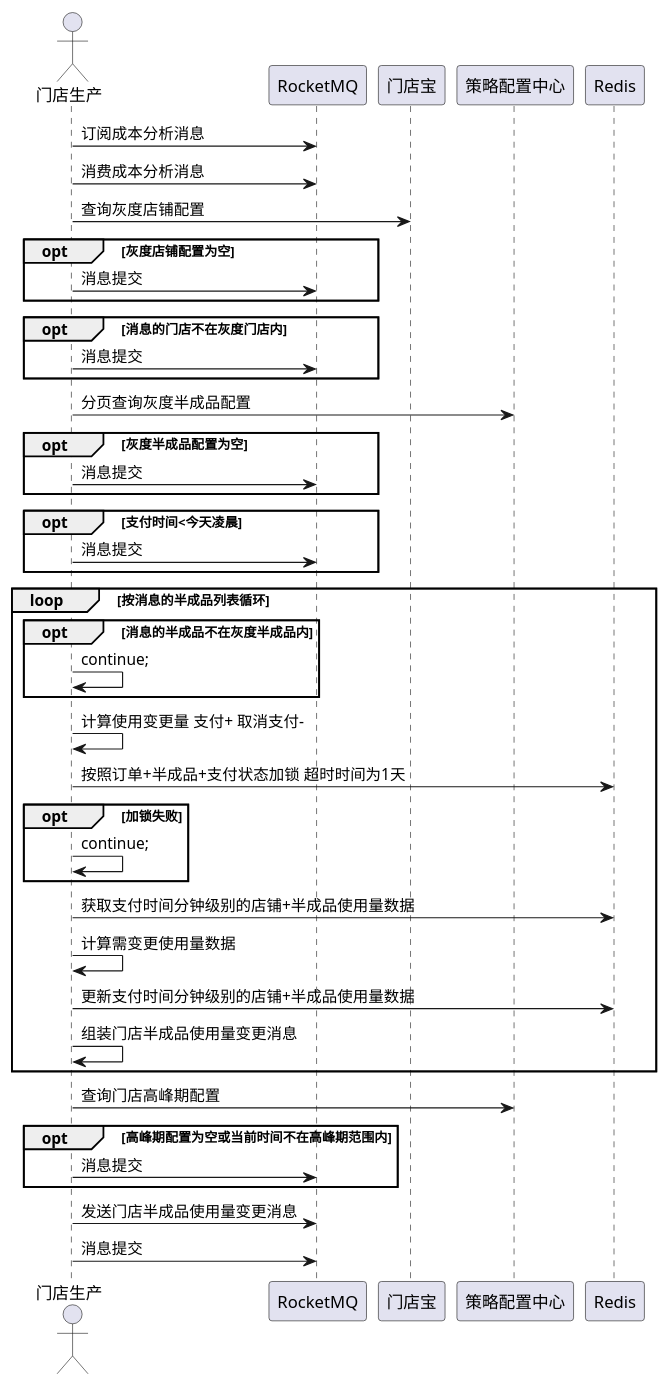
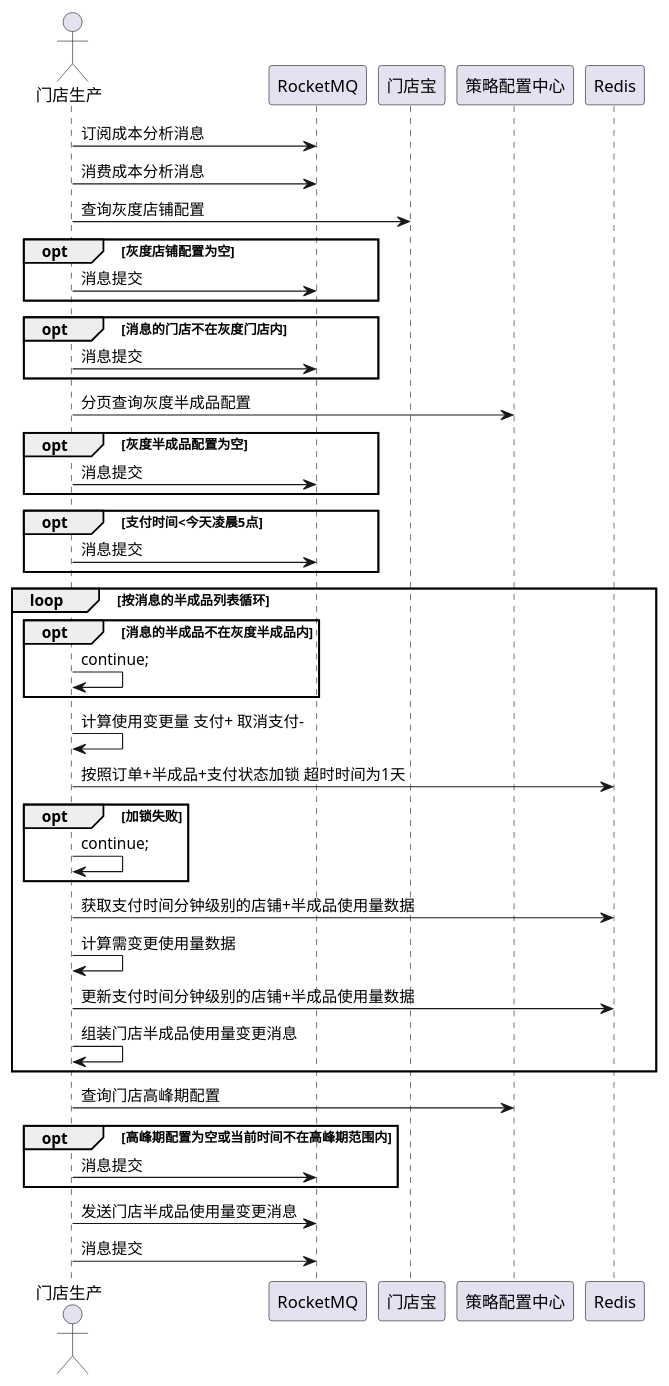
Before and after one commit to Thothma/SkyGarden: the diagram in src/main/resources/uml/成本分析数据清洗2.puml, drawn with PlantUML. The commit also changed 1 other file, not shown here.

```diff
--- a/src/main/resources/uml/成本分析数据清洗2.puml
+++ b/src/main/resources/uml/成本分析数据清洗2.puml
@@ -1,41 +1,41 @@
 @startuml
 'https://plantuml.com/sequence-diagram
 
 actor 门店生产
 门店生产 -> RocketMQ: 订阅成本分析消息
 门店生产 -> RocketMQ: 消费成本分析消息
 门店生产 -> 门店宝: 查询灰度店铺配置
 opt 灰度店铺配置为空
 门店生产 -> RocketMQ: 消息提交
 end
 opt 消息的门店不在灰度门店内
 门店生产 -> RocketMQ: 消息提交
 end
 门店生产 -> 策略配置中心: 分页查询灰度半成品配置
 opt 灰度半成品配置为空
     门店生产 -> RocketMQ: 消息提交
 end
-opt 支付时间<今天凌晨
+opt 支付时间<今天凌晨5点
 门店生产 -> RocketMQ: 消息提交
 end
 loop 按消息的半成品列表循环
 opt 消息的半成品不在灰度半成品内
 门店生产 -> 门店生产: continue;
 end
 门店生产 -> 门店生产: 计算使用变更量 支付+ 取消支付-
 门店生产 -> Redis: 按照订单+半成品+支付状态加锁 超时时间为1天
 opt 加锁失败
 门店生产 -> 门店生产: continue;
 end
 门店生产 -> Redis: 获取支付时间分钟级别的店铺+半成品使用量数据
 门店生产 -> 门店生产: 计算需变更使用量数据
 门店生产 -> Redis: 更新支付时间分钟级别的店铺+半成品使用量数据
 门店生产 -> 门店生产: 组装门店半成品使用量变更消息
 end
 门店生产 -> 策略配置中心: 查询门店高峰期配置
 opt 高峰期配置为空或当前时间不在高峰期范围内
 门店生产 -> RocketMQ: 消息提交
 end
 门店生产 -> RocketMQ: 发送门店半成品使用量变更消息
 门店生产 -> RocketMQ: 消息提交
 @enduml
```
